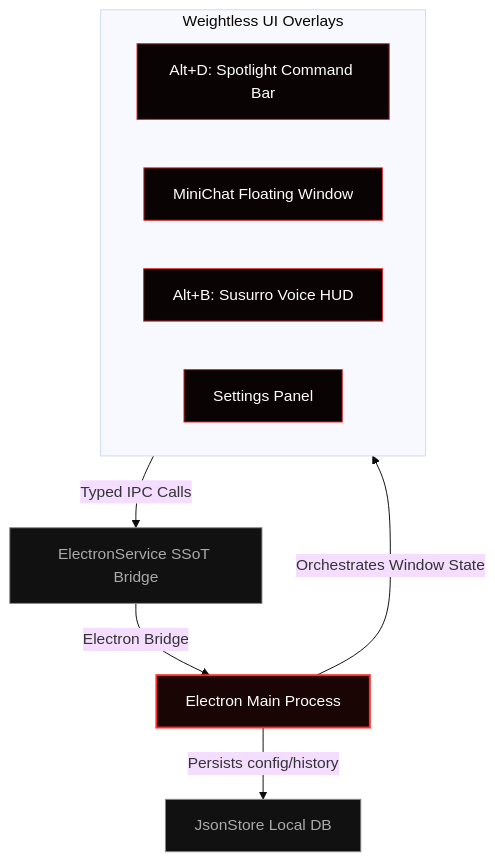
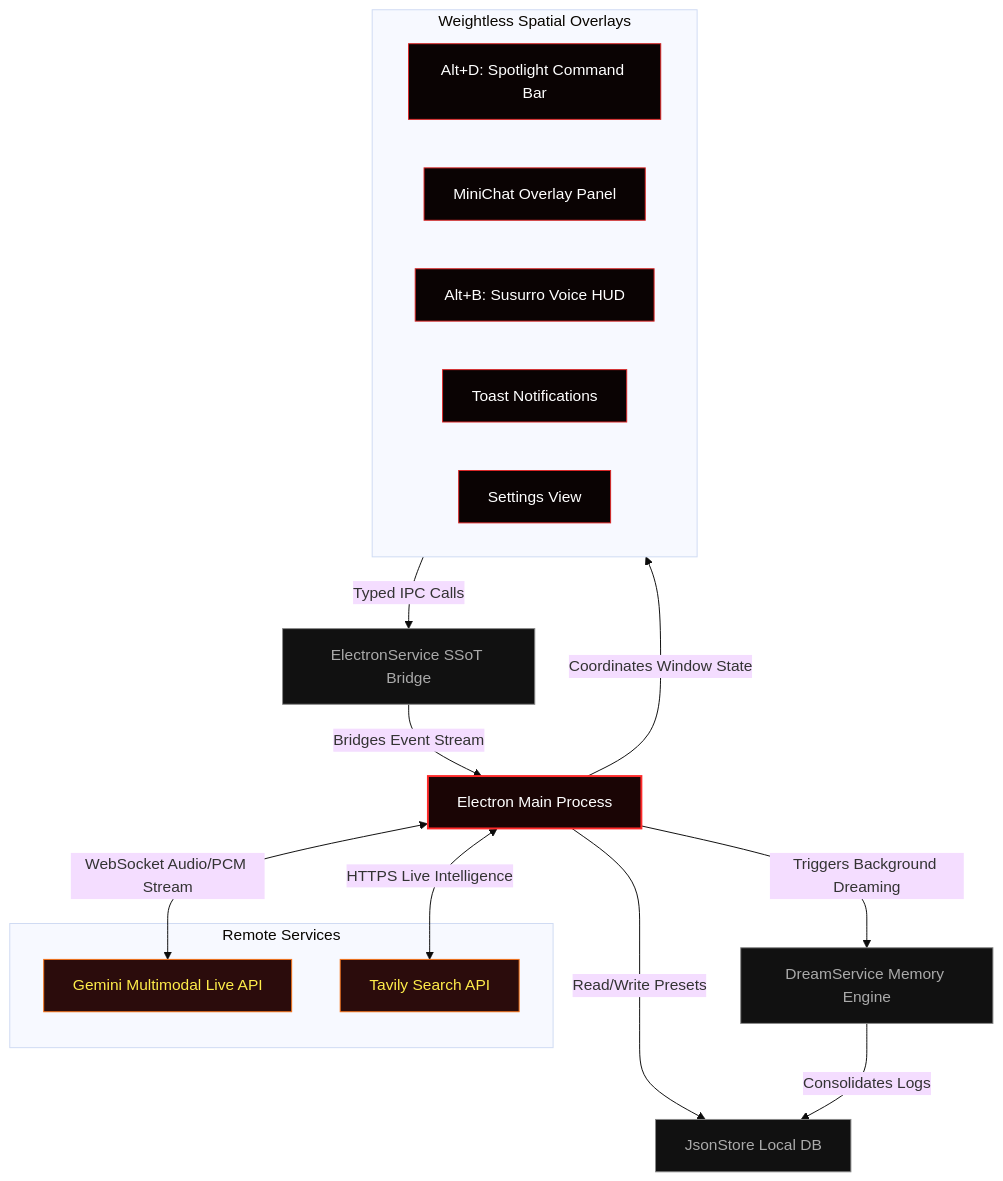
Before and after one commit to euvictorldev/hades-agent: the diagram in README.md, drawn with Mermaid (base theme). The commit also changed other lines of this file, not shown here.

Commit message:
docs: upgrade repository README to next-gen antigravity styled standard with rich architecture deep dives

````diff
--- a/README.md
+++ b/README.md
@@ -35,23 +78,36 @@
 ```mermaid
-graph TD
+graph TB
     classDef main fill:#1a0505,stroke:#ff2a2a,stroke-width:2px,color:#fff;
     classDef float fill:#0a0303,stroke:#dc2626,stroke-width:1px,color:#fff;
     classDef service fill:#111,stroke:#888,stroke-width:1px,color:#aaa;
+    classDef external fill:#2b0c0c,stroke:#f97316,stroke-width:1px,color:#ffed4a;
 
     Main[Electron Main Process]:::main
     
-    subgraph Floating_Windows [Weightless UI Overlays]
+    subgraph UI_Layers [Weightless Spatial Overlays]
         CommandBar[Alt+D: Spotlight Command Bar]:::float
-        MiniChat[MiniChat Floating Window]:::float
+        MiniChat[MiniChat Overlay Panel]:::float
         Susurro[Alt+B: Susurro Voice HUD]:::float
-        Settings[Settings Panel]:::float
+        Notification[Toast Notifications]:::float
+        Settings[Settings View]:::float
     end
     
     SSoT[ElectronService SSoT Bridge]:::service
     Store[JsonStore Local DB]:::service
+    Dream[DreamService Memory Engine]:::service
+    
+    subgraph Cloud_APIs [Remote Services]
+        Gemini[Gemini Multimodal Live API]:::external
+        Tavily[Tavily Search API]:::external
+    end
 
-    Main -->|Orchestrates Window State| Floating_Windows
-    Floating_Windows -->|Typed IPC Calls| SSoT
-    SSoT -->|Electron Bridge| Main
-    Main -->|Persists config/history| Store
+    Main -->|Coordinates Window State| UI_Layers
+    UI_Layers -->|Typed IPC Calls| SSoT
+    SSoT -->|Bridges Event Stream| Main
+    Main -->|Read/Write Presets| Store
+    Main -->|Triggers Background Dreaming| Dream
+    Dream -->|Consolidates Logs| Store
+    
+    Main <-->|WebSocket Audio/PCM Stream| Gemini
+    Main <-->|HTTPS Live Intelligence| Tavily
 ```
````
